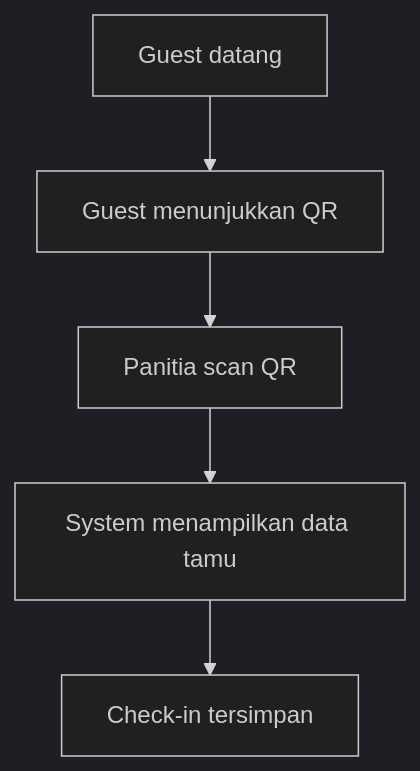
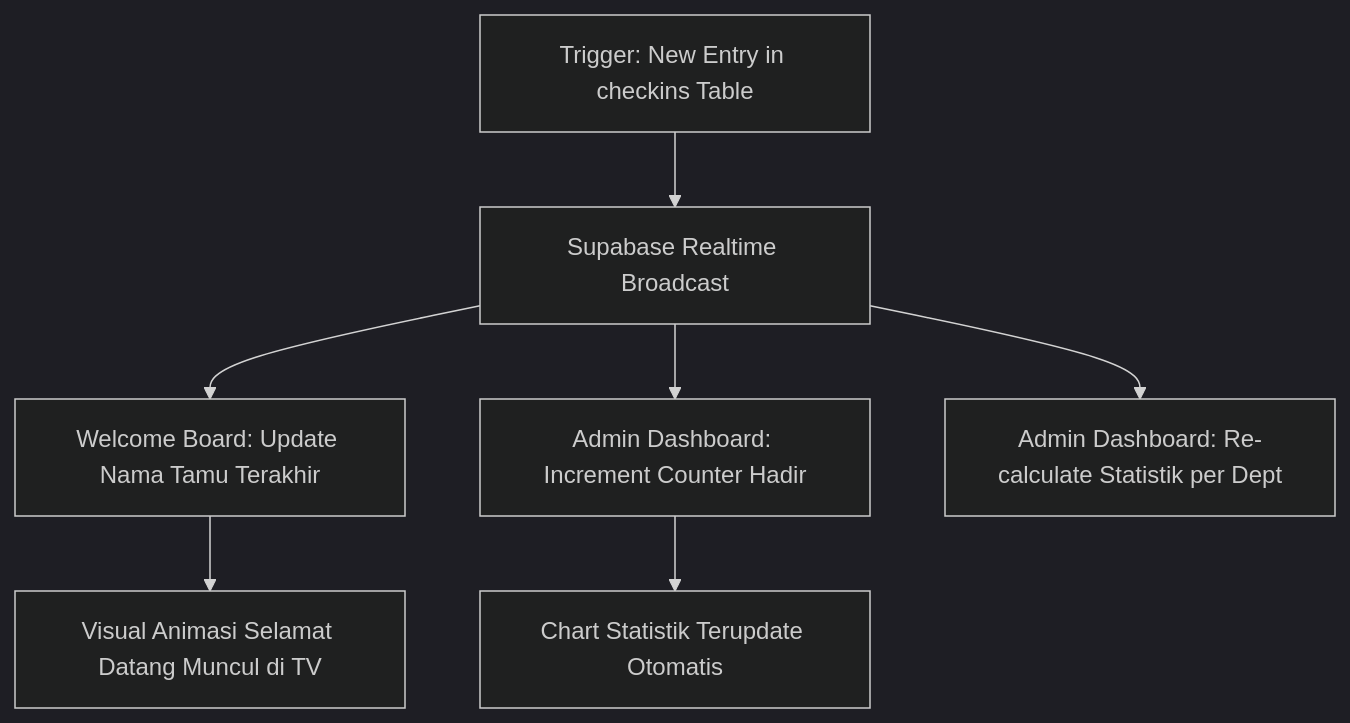
Before and after one commit to bip-itteam-internal/halal-bihalal-2025: diagram 11 of 13 in docs/project_brief.md, drawn with Mermaid (dark theme). The commit also changed other lines of this file, not shown here.

Commit message:
docs: add manual single guest entry to flows and role definitions

````diff
--- a/docs/project_brief.md
+++ b/docs/project_brief.md
@@ -467,7 +541,9 @@
 ```mermaid
 graph TD
-    A[Guest datang] --> B[Guest menunjukkan QR]
-    B --> C[Panitia scan QR]
-    C --> D[System menampilkan data tamu]
-    D --> E[Check-in tersimpan]
+    A[Trigger: New Entry in checkins Table] --> B[Supabase Realtime Broadcast]
+    B --> C[Welcome Board: Update Nama Tamu Terakhir]
+    B --> D[Admin Dashboard: Increment Counter Hadir]
+    B --> E[Admin Dashboard: Re-calculate Statistik per Dept]
+    C --> F[Visual Animasi Selamat Datang Muncul di TV]
+    D --> G[Chart Statistik Terupdate Otomatis]
 ```
````
